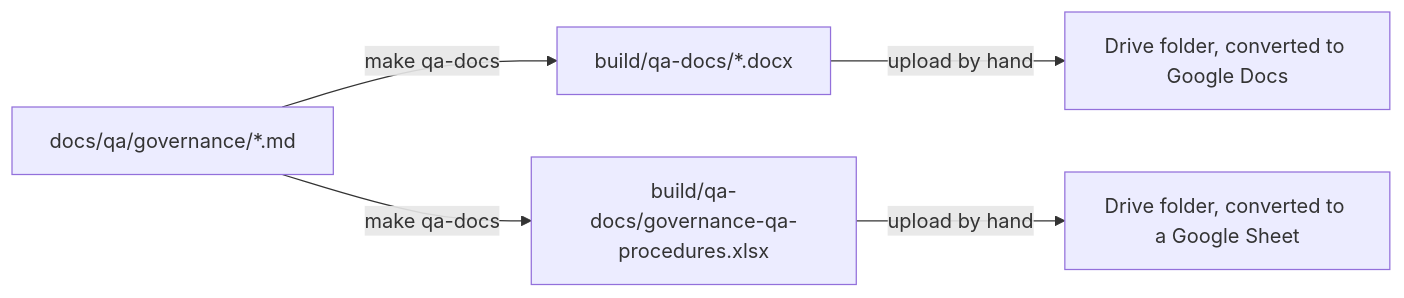
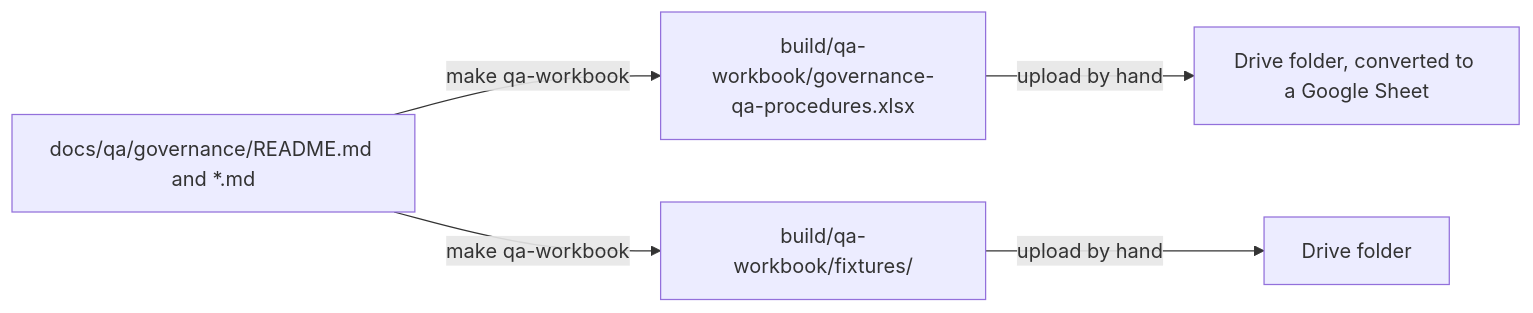
One commit to miketak/carbonos changed the diagram in docs/how-to/publish-qa-procedures.md. Above: the diagram before and after it, drawn with Mermaid. The commit also changed other lines of this file and 15 other files, not shown here.

First line of the commit message:
chore(qa): the verdict workbook is the only export; its steps print the tester's real addresses (#167)

````diff
--- a/docs/how-to/publish-qa-procedures.md
+++ b/docs/how-to/publish-qa-procedures.md
@@ -19,9 +19,9 @@
 ```mermaid
 flowchart LR
-    accTitle: How a QA procedure becomes a Google Doc
-    accDescr: make qa-docs converts one persona under docs/qa with pandoc, rewriting spec links to GitHub, setting landscape pages and outlining the tables, into DOCX files under build/qa-docs, and builds the verdict workbook from the same Markdown; the maintainer uploads both to the shared Drive folder, which converts the documents to Google Docs and the workbook to a Google Sheet.
-    md[docs/qa/governance/*.md] -->|make qa-docs| docx[build/qa-docs/*.docx]
-    md -->|make qa-docs| xlsx[build/qa-docs/governance-qa-procedures.xlsx]
-    docx -->|upload by hand| drive[Drive folder, converted to Google Docs]
+    accTitle: How the QA procedures become a Google Sheet
+    accDescr: make qa-workbook parses one persona's README and procedures under docs/qa into build/qa-workbook: the verdict workbook and a copy of the fixture files; the maintainer uploads both to the shared Drive folder, which converts the workbook to a Google Sheet the testers fill in.
+    md[docs/qa/governance/README.md and *.md] -->|make qa-workbook| xlsx[build/qa-workbook/governance-qa-procedures.xlsx]
+    md -->|make qa-workbook| fx[build/qa-workbook/fixtures/]
     xlsx -->|upload by hand| sheet[Drive folder, converted to a Google Sheet]
+    fx -->|upload by hand| drive[Drive folder]
 ```
````
